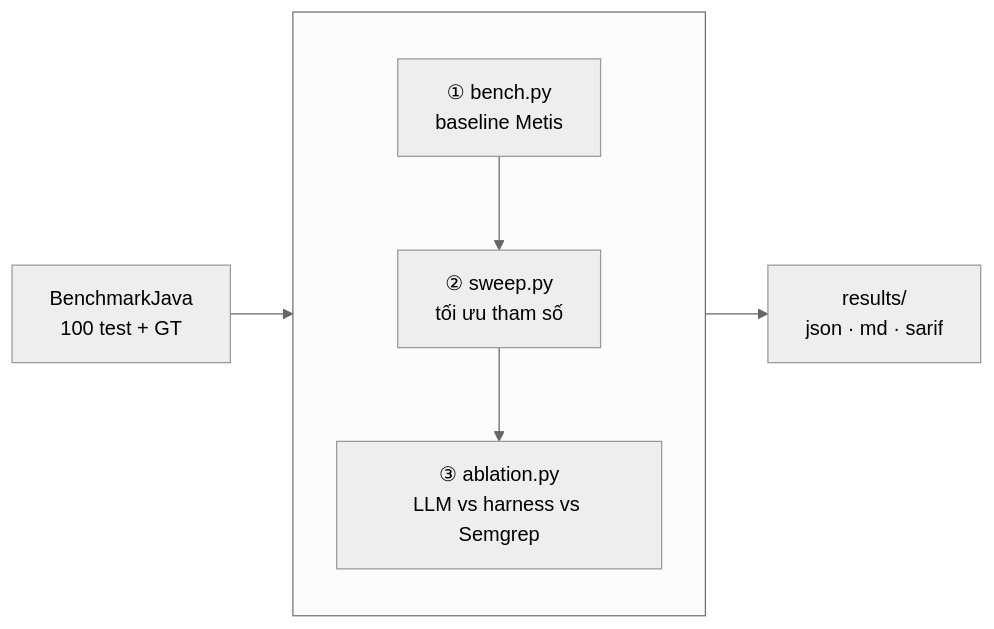
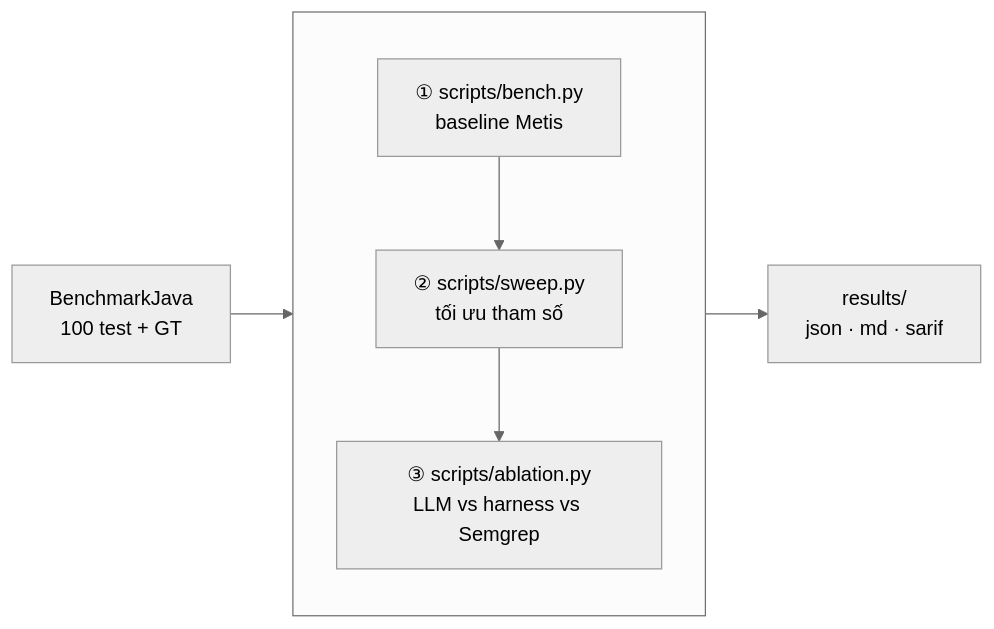
One commit to anhtrinh2905/scan_benchmarkjava changed the diagram in 2026-07-29_TrinhThiLanAnh_Week1.md. Above: the diagram before and after it, drawn with Mermaid (neutral theme). The commit also changed other lines of this file and 5 other files, not shown here.

````diff
--- a/2026-07-29_TrinhThiLanAnh_Week1.md
+++ b/2026-07-29_TrinhThiLanAnh_Week1.md
@@ -22,12 +22,12 @@
 ```mermaid
 flowchart LR
-  DS["BenchmarkJava<br/>100 test + GT"] --> L1["① bench.py<br/>baseline Metis"]
+  DS["BenchmarkJava<br/>100 test + GT"] --> L1["① scripts/bench.py<br/>baseline Metis"]
 
   subgraph runs [" "]
     direction TB
-    L1["① bench.py<br/>baseline Metis"] --> L2["② sweep.py<br/>tối ưu tham số"]
-    L2 --> L3["③ ablation.py<br/>LLM vs harness vs Semgrep"]
+    L1["① scripts/bench.py<br/>baseline Metis"] --> L2["② scripts/sweep.py<br/>tối ưu tham số"]
+    L2 --> L3["③ scripts/ablation.py<br/>LLM vs harness vs Semgrep"]
   end
 
   L3 --> OUT["results/<br/>json · md · sarif"]
 ```
````
